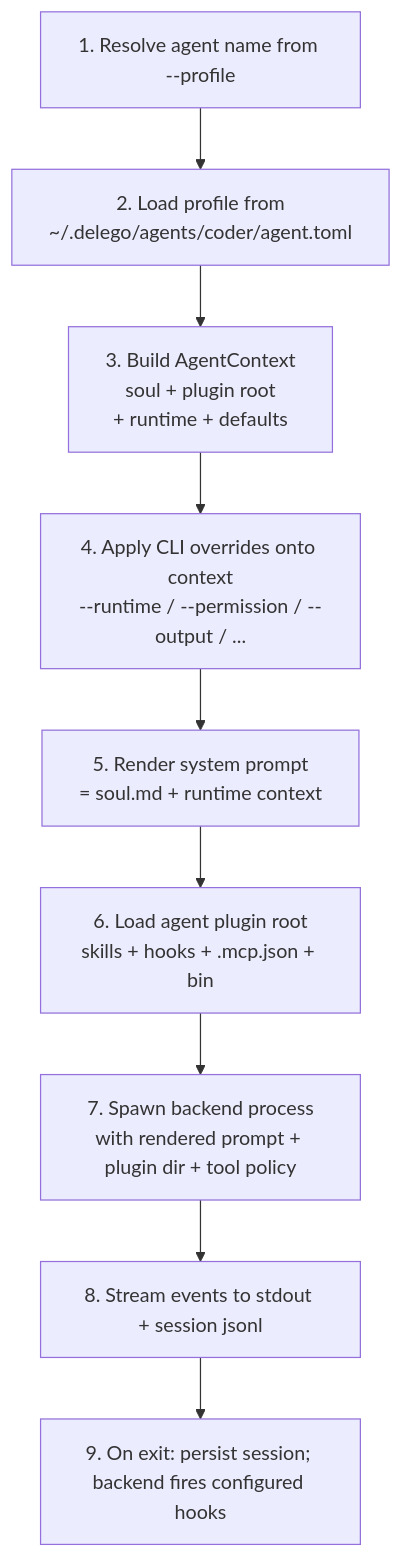
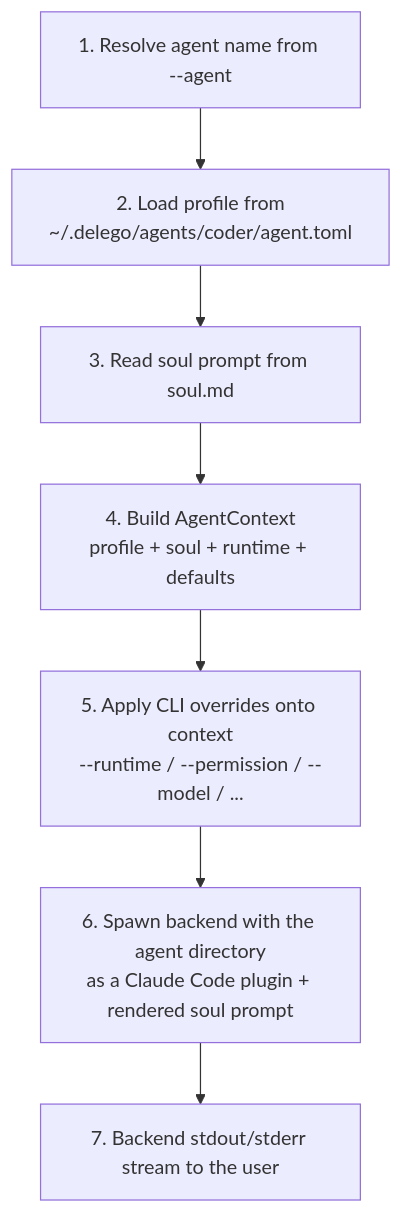
Before and after one commit to unliftedq/kman: the second of 2 diagrams in docs/DESIGN.md, drawn with Mermaid. The commit also changed other lines of this file, not shown here.

Commit message:
Refactor design document for Delego

````diff
--- a/docs/DESIGN.md
+++ b/docs/DESIGN.md
@@ -51,11 +55,9 @@
 ```mermaid
 flowchart TB
-    A[1. Resolve agent name from --profile] --> B[2. Load profile from<br/>~/.delego/agents/coder/agent.toml]
-    B --> C[3. Build AgentContext<br/>soul + plugin root<br/>+ runtime + defaults]
-    C --> D[4. Apply CLI overrides onto context<br/>--runtime / --permission / --output / ...]
-    D --> E[5. Render system prompt<br/>= soul.md + runtime context]
-    E --> F[6. Load agent plugin root<br/>skills + hooks + .mcp.json + bin]
-    F --> G[7. Spawn backend process<br/>with rendered prompt + plugin dir + tool policy]
-    G --> H[8. Stream events to stdout + session jsonl]
-    H --> I[9. On exit: persist session; backend fires configured hooks]
+    A[1. Resolve agent name from --agent] --> B[2. Load profile from<br/>~/.delego/agents/coder/agent.toml]
+    B --> C[3. Read soul prompt from soul.md]
+    C --> D[4. Build AgentContext<br/>profile + soul + runtime + defaults]
+    D --> E[5. Apply CLI overrides onto context<br/>--runtime / --permission / --model / ...]
+    E --> F[6. Spawn backend with the agent directory<br/>as a Claude Code plugin + rendered soul prompt]
+    F --> G[7. Backend stdout/stderr stream to the user]
 ```
````
